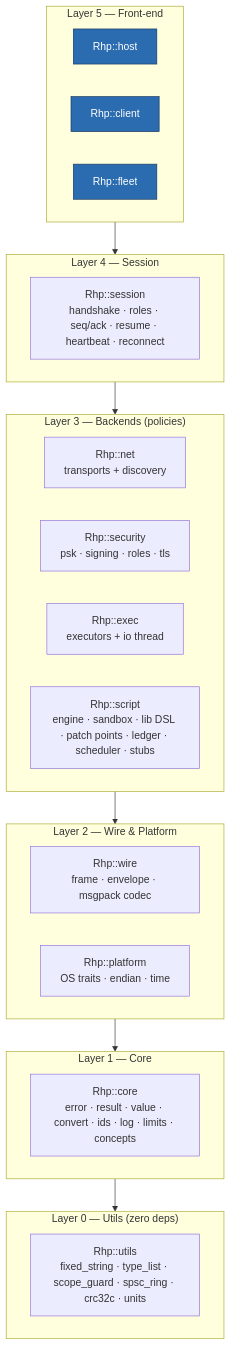
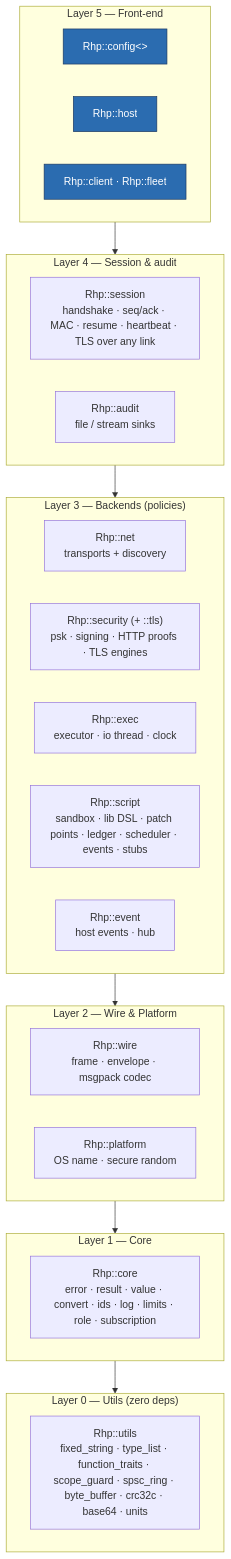
Before and after one commit to tonytranrp/RHP: the second of 14 diagrams in Docs/ARCHITECTURE.md, drawn with Mermaid. The commit also changed other lines of this file and 50 other files, not shown here.

````diff
--- a/Docs/ARCHITECTURE.md
+++ b/Docs/ARCHITECTURE.md
@@ -71,29 +71,31 @@
 ```mermaid
 flowchart TB
     subgraph L5["Layer 5 — Front-end"]
+        CONFIG["Rhp::config&lt;&gt;"]:::fe
         HOST["Rhp::host"]:::fe
-        CLIENT["Rhp::client"]:::fe
-        FLEET["Rhp::fleet"]:::fe
+        CLIENT["Rhp::client · Rhp::fleet"]:::fe
     end
-    subgraph L4["Layer 4 — Session"]
-        SESS["Rhp::session<br/>handshake · roles · seq/ack · resume · heartbeat · reconnect"]
+    subgraph L4["Layer 4 — Session & audit"]
+        SESS["Rhp::session<br/>handshake · seq/ack · MAC · resume · heartbeat · TLS over any link"]
+        AUD["Rhp::audit<br/>file / stream sinks"]
     end
     subgraph L3["Layer 3 — Backends (policies)"]
         NETL["Rhp::net<br/>transports + discovery"]
-        SEC["Rhp::security<br/>psk · signing · roles · tls"]
-        EXEC["Rhp::exec<br/>executors + io thread"]
-        SCRIPT["Rhp::script<br/>engine · sandbox · lib DSL · patch points · ledger · scheduler · stubs"]
+        SEC["Rhp::security (+ ::tls)<br/>psk · signing · HTTP proofs · TLS engines"]
+        EXEC["Rhp::exec<br/>executor · io thread · clock"]
+        SCRIPT["Rhp::script<br/>sandbox · lib DSL · patch points · ledger · scheduler · events · stubs"]
+        EVT["Rhp::event<br/>host events · hub"]
     end
     subgraph L2["Layer 2 — Wire & Platform"]
         WIRE["Rhp::wire<br/>frame · envelope · msgpack codec"]
-        PLAT["Rhp::platform<br/>OS traits · endian · time"]
+        PLAT["Rhp::platform<br/>OS name · secure random"]
     end
     subgraph L1["Layer 1 — Core"]
-        CORE["Rhp::core<br/>error · result · value · convert · ids · log · limits · concepts"]
+        CORE["Rhp::core<br/>error · result · value · convert · ids · log · limits · role · subscription"]
     end
     subgraph L0["Layer 0 — Utils (zero deps)"]
-        UT["Rhp::utils<br/>fixed_string · type_list · scope_guard · spsc_ring · crc32c · units"]
+        UT["Rhp::utils<br/>fixed_string · type_list · function_traits · scope_guard · spsc_ring · byte_buffer · crc32c · base64 · units"]
     end
     L5 --> L4 --> L3 --> L2 --> L1 --> L0
     classDef fe fill:#2b6cb0,color:#fff,stroke:#1a365d
 ```
````
